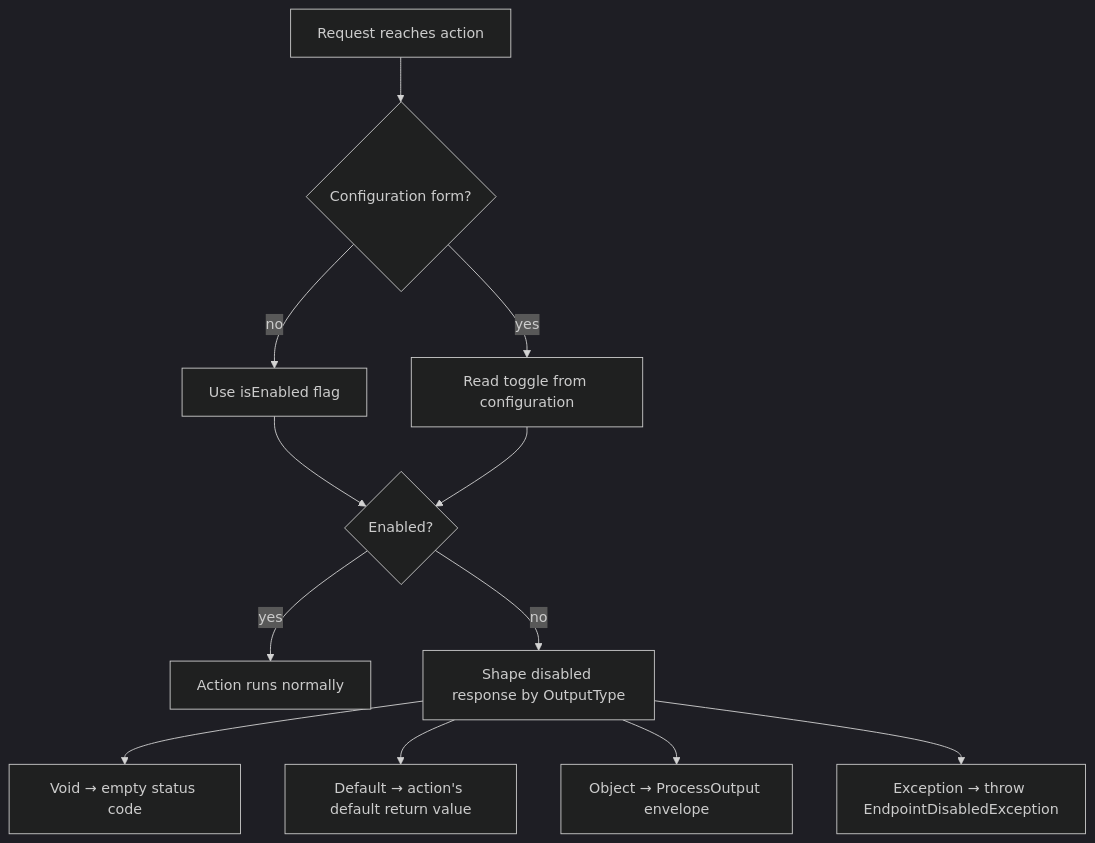
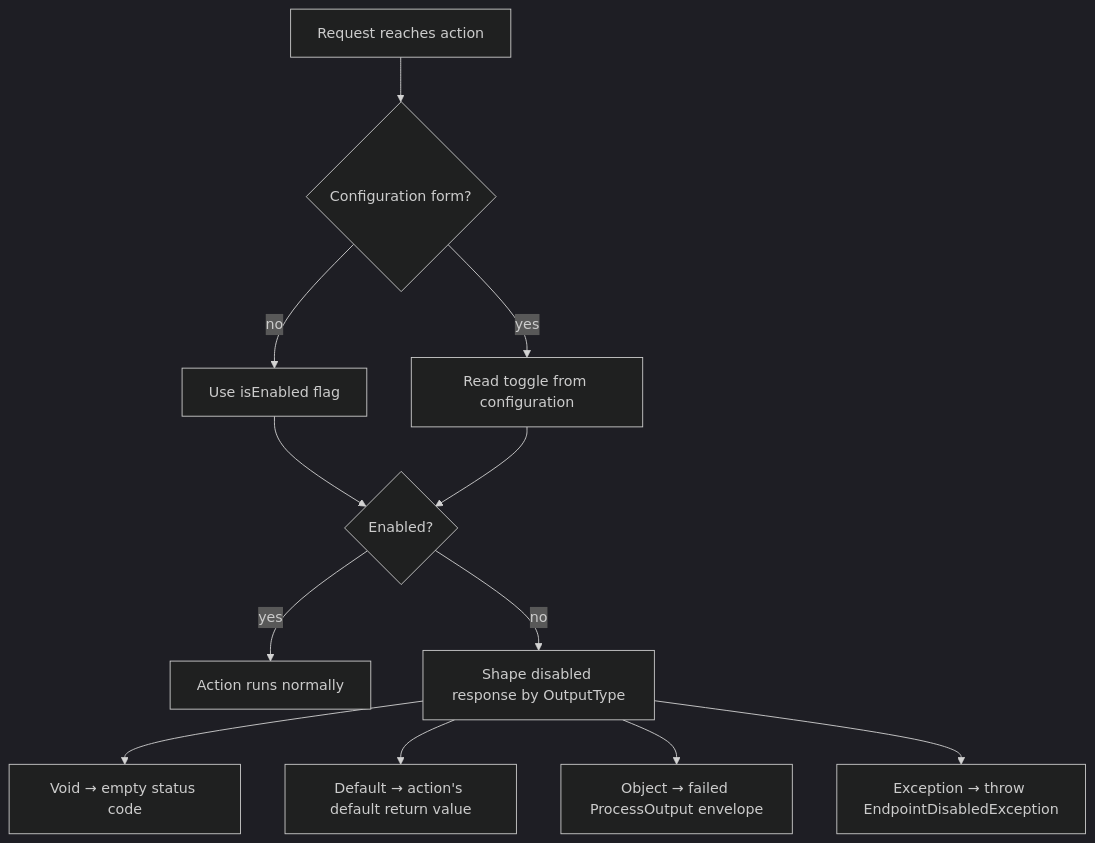
One commit to artur-rios/dotnet-webapi-util changed the diagram in docs/content/en/docs/endpoint-toggle.md. Above: the diagram before and after it, drawn with Mermaid (dark theme). The commit also changed other lines of this file and 46 other files, not shown here.

````diff
--- a/docs/content/en/docs/endpoint-toggle.md
+++ b/docs/content/en/docs/endpoint-toggle.md
@@ -39,14 +39,14 @@
 ```mermaid
 flowchart TB
     Request["Request reaches action"] --> Source{"Configuration form?"}
     Source -- "no" --> Static["Use isEnabled flag"]
     Source -- "yes" --> Config["Read toggle from configuration"]
     Static --> Enabled{"Enabled?"}
     Config --> Enabled
     Enabled -- "yes" --> Action["Action runs normally"]
     Enabled -- "no" --> Shape["Shape disabled response by OutputType"]
     Shape --> Void["Void → empty status code"]
     Shape --> Default["Default → action's default return value"]
-    Shape --> Object["Object → ProcessOutput envelope"]
+    Shape --> Object["Object → failed ProcessOutput envelope"]
     Shape --> Exception["Exception → throw EndpointDisabledException"]
 ```
````
